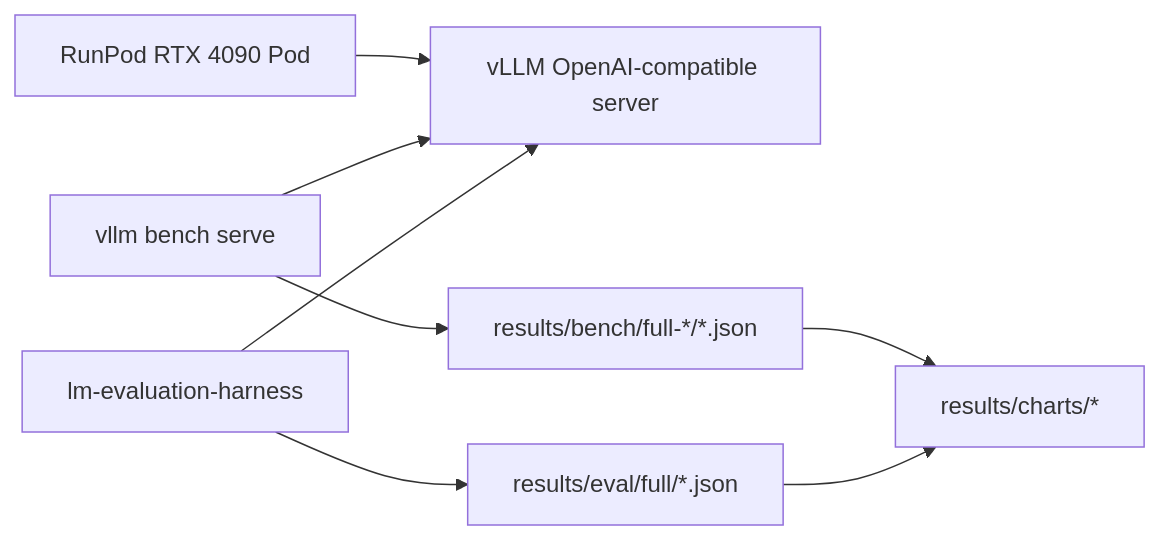
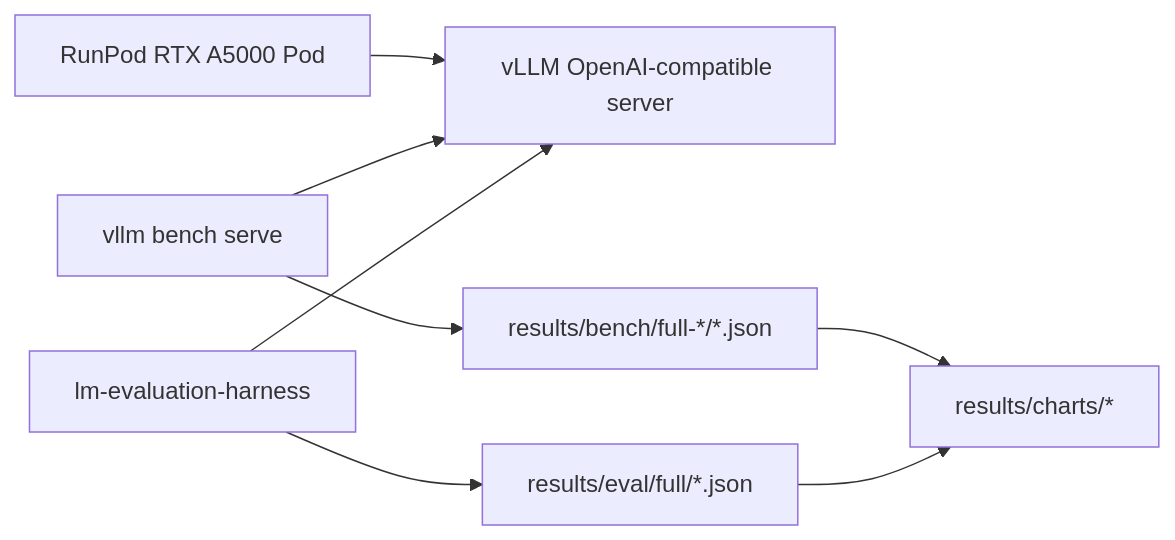
Before and after one commit to feRpicoral/forge: the diagram in docs/methodology.md, drawn with Mermaid. The commit also changed other lines of this file and 15 other files, not shown here.

````diff
--- a/docs/methodology.md
+++ b/docs/methodology.md
@@ -16,10 +16,10 @@
 ```mermaid
 flowchart LR
-    runpod["RunPod RTX 4090 Pod"] --> vllm["vLLM OpenAI-compatible server"]
+    runpod["RunPod RTX A5000 Pod"] --> vllm["vLLM OpenAI-compatible server"]
     bench["vllm bench serve"] --> vllm
     eval["lm-evaluation-harness"] --> vllm
     bench --> bench_json["results/bench/full-*/*.json"]
     eval --> eval_json["results/eval/full/*.json"]
     bench_json --> charts["results/charts/*"]
     eval_json --> charts
 ```
````
